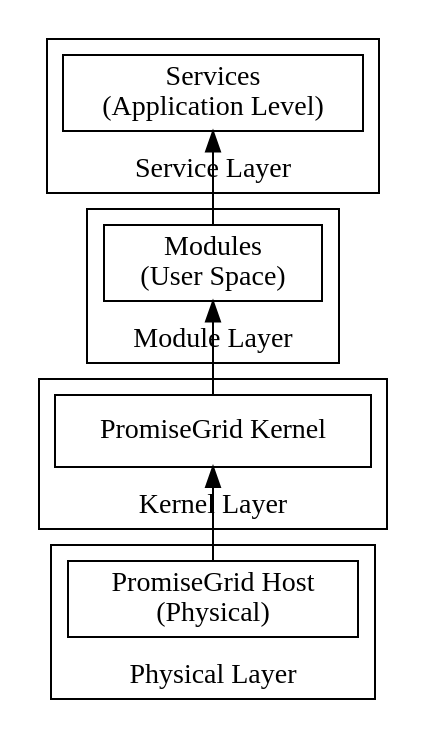
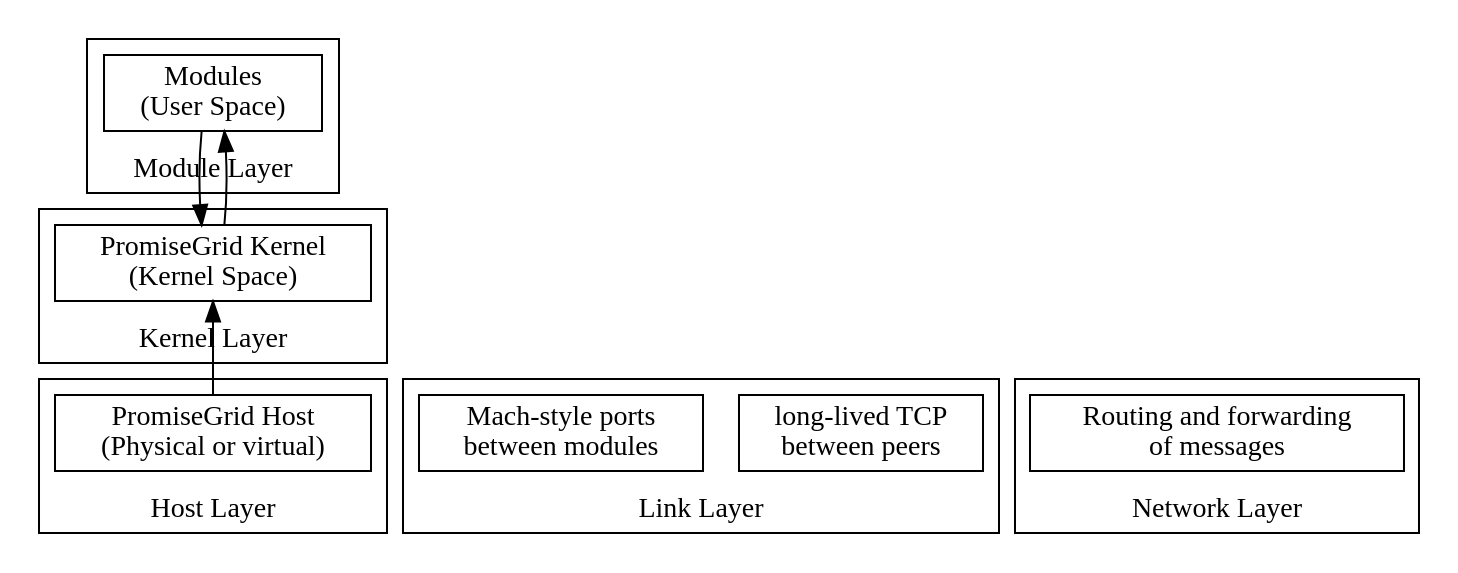
Before and after one commit to stevegt/grid-cli: the diagram in v2/doc/100-layers.dot, drawn with Graphviz. The commit also changed 2 other files, not shown here.

First paragraph of the commit message:
Change labels, update clusters, connect Modules -> Kernel, add layers.
Change output file, remove application layer, add second module.

```diff
--- a/v2/doc/100-layers.dot
+++ b/v2/doc/100-layers.dot
@@ -1,27 +1,34 @@
 digraph G {
 	rankdir=BT;
 
 	subgraph cluster_0 {
-		label="Physical Layer";
-		Host [ label="PromiseGrid Host\n(Physical)" shape=box];
+		label="Host Layer";
+		Host [ label="PromiseGrid Host\n(Physical or virtual)" shape=box];
 	}
 
-	subgraph cluster_1 {
+	subgraph cluster_4 {
+		label="Link Layer";
+		tcp [ label="long-lived TCP\nbetween peers" shape=box];
+		ipc [ label="Mach-style ports\nbetween modules" shape=box];
+	}
+
+	subgraph cluster_5 {
+		label="Network Layer";
+		route [ label="Routing and forwarding\nof messages" shape=box];
+	}
+
+	subgraph cluster_6 {
 		label="Kernel Layer";
-		Kernel [ label="PromiseGrid Kernel" shape=box];
+		Kernel [ label="PromiseGrid Kernel\n(Kernel Space)" shape=box];
 	}
+
 
 	subgraph cluster_2 {
 		label="Module Layer";
 		Modules [ label="Modules\n(User Space)" shape=box];
 	}
 
-	subgraph cluster_3 {
-		label="Service Layer";
-		Services [ label="Services\n(Application Level)" shape=box];
-	}
-
 	Host -> Kernel;
 	Kernel -> Modules;
-	Modules -> Services;
+	Modules -> Kernel;
 }
```
